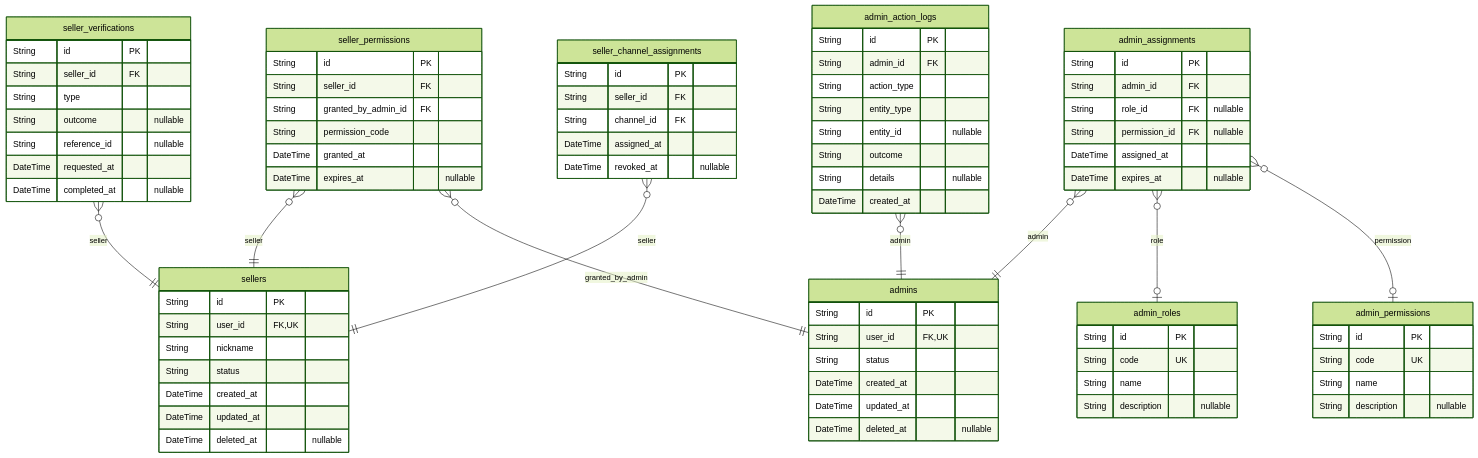
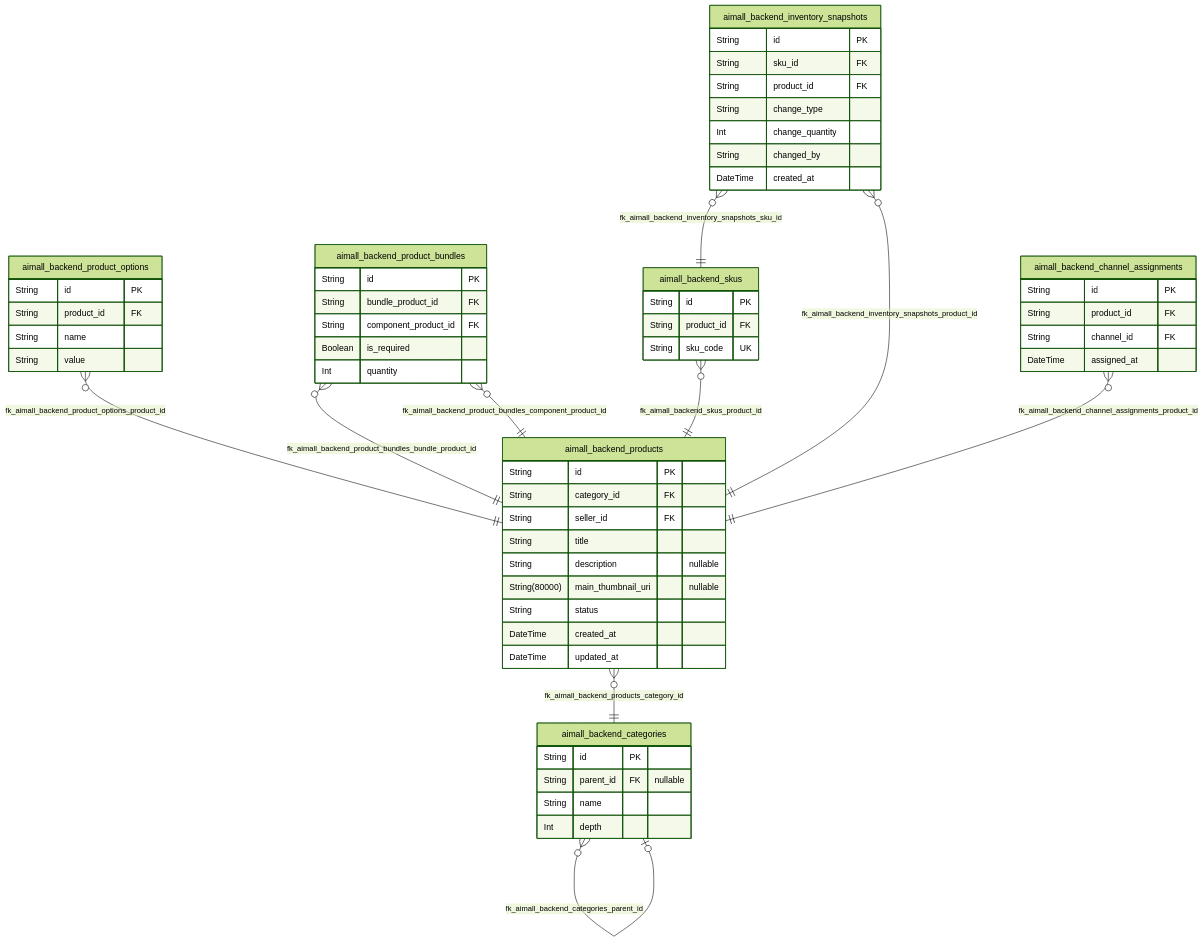
Before and after one commit to wrtnlabs/autobe-example-shopping-openai-gpt-4.1: the third of 10 diagrams in docs/ERD.md, drawn with Mermaid (forest theme). The commit also changed other lines of this file and 2260 other files, not shown here.

````diff
--- a/docs/ERD.md
+++ b/docs/ERD.md
@@ -605,82 +269,62 @@
 ```mermaid
 erDiagram
-"sellers" {
+"aimall_backend_products" {
   String id PK
-  String user_id FK,UK
-  String nickname
+  String category_id FK
+  String seller_id FK
+  String title
+  String description "nullable"
+  String(80000) main_thumbnail_uri "nullable"
   String status
   DateTime created_at
   DateTime updated_at
-  DateTime deleted_at "nullable"
 }
-"seller_verifications" {
+"aimall_backend_product_options" {
   String id PK
-  String seller_id FK
-  String type
-  String outcome "nullable"
-  String reference_id "nullable"
-  DateTime requested_at
-  DateTime completed_at "nullable"
+  String product_id FK
+  String name
+  String value
 }
-"seller_permissions" {
+"aimall_backend_product_bundles" {
   String id PK
-  String seller_id FK
-  String granted_by_admin_id FK
-  String permission_code
-  DateTime granted_at
-  DateTime expires_at "nullable"
+  String bundle_product_id FK
+  String component_product_id FK
+  Boolean is_required
+  Int quantity
 }
-"seller_channel_assignments" {
+"aimall_backend_categories" {
   String id PK
-  String seller_id FK
+  String parent_id FK "nullable"
+  String name
+  Int depth
+}
+"aimall_backend_skus" {
+  String id PK
+  String product_id FK
+  String sku_code UK
+}
+"aimall_backend_inventory_snapshots" {
+  String id PK
+  String sku_id FK
+  String product_id FK
+  String change_type
+  Int change_quantity
+  String changed_by
+  DateTime created_at
+}
+"aimall_backend_channel_assignments" {
+  String id PK
+  String product_id FK
   String channel_id FK
   DateTime assigned_at
-  DateTime revoked_at "nullable"
 }
-"admins" {
-  String id PK
-  String user_id FK,UK
-  String status
-  DateTime created_at
-  DateTime updated_at
-  DateTime deleted_at "nullable"
-}
-"admin_roles" {
-  String id PK
-  String code UK
-  String name
-  String description "nullable"
-}
-"admin_permissions" {
-  String id PK
-  String code UK
-  String name
-  String description "nullable"
-}
-"admin_assignments" {
-  String id PK
-  String admin_id FK
-  String role_id FK "nullable"
-  String permission_id FK "nullable"
-  DateTime assigned_at
-  DateTime expires_at "nullable"
-}
-"admin_action_logs" {
-  String id PK
-  String admin_id FK
-  String action_type
-  String entity_type
-  String entity_id "nullable"
-  String outcome
-  String details "nullable"
-  DateTime created_at
-}
-"seller_verifications" }o--|| "sellers" : seller
-"seller_permissions" }o--|| "sellers" : seller
-"seller_permissions" }o--|| "admins" : granted_by_admin
-"seller_channel_assignments" }o--|| "sellers" : seller
-"admin_assignments" }o--|| "admins" : admin
-"admin_assignments" }o--o| "admin_roles" : role
-"admin_assignments" }o--o| "admin_permissions" : permission
-"admin_action_logs" }o--|| "admins" : admin
+"aimall_backend_products" }o--|| "aimall_backend_categories" : fk_aimall_backend_products_category_id
+"aimall_backend_product_options" }o--|| "aimall_backend_products" : fk_aimall_backend_product_options_product_id
+"aimall_backend_product_bundles" }o--|| "aimall_backend_products" : fk_aimall_backend_product_bundles_bundle_product_id
+"aimall_backend_product_bundles" }o--|| "aimall_backend_products" : fk_aimall_backend_product_bundles_component_product_id
+"aimall_backend_categories" }o--o| "aimall_backend_categories" : fk_aimall_backend_categories_parent_id
+"aimall_backend_skus" }o--|| "aimall_backend_products" : fk_aimall_backend_skus_product_id
+"aimall_backend_inventory_snapshots" }o--|| "aimall_backend_skus" : fk_aimall_backend_inventory_snapshots_sku_id
+"aimall_backend_inventory_snapshots" }o--|| "aimall_backend_products" : fk_aimall_backend_inventory_snapshots_product_id
+"aimall_backend_channel_assignments" }o--|| "aimall_backend_products" : fk_aimall_backend_channel_assignments_product_id
 ```
````
